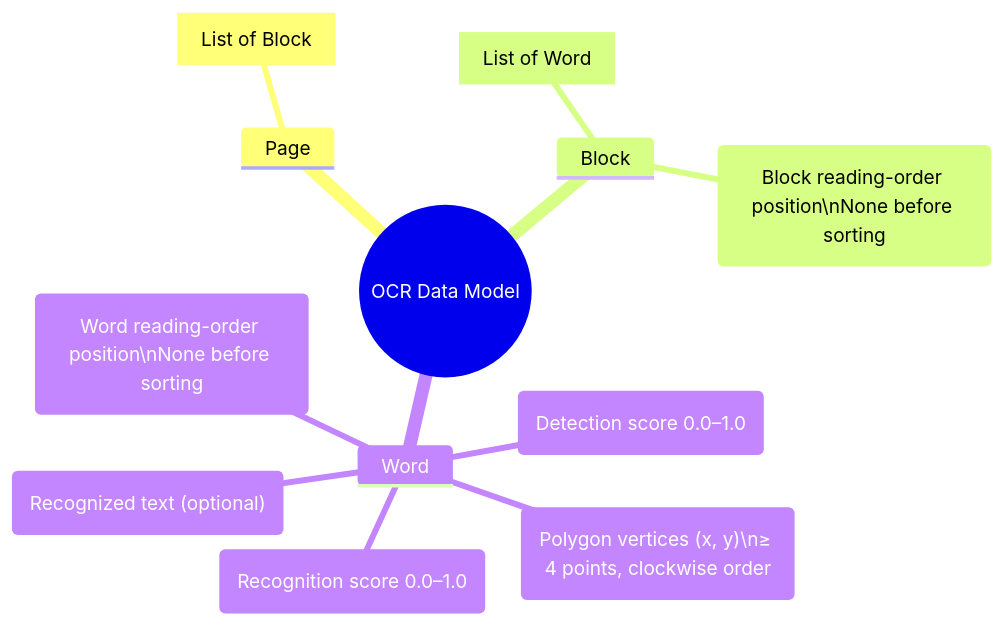
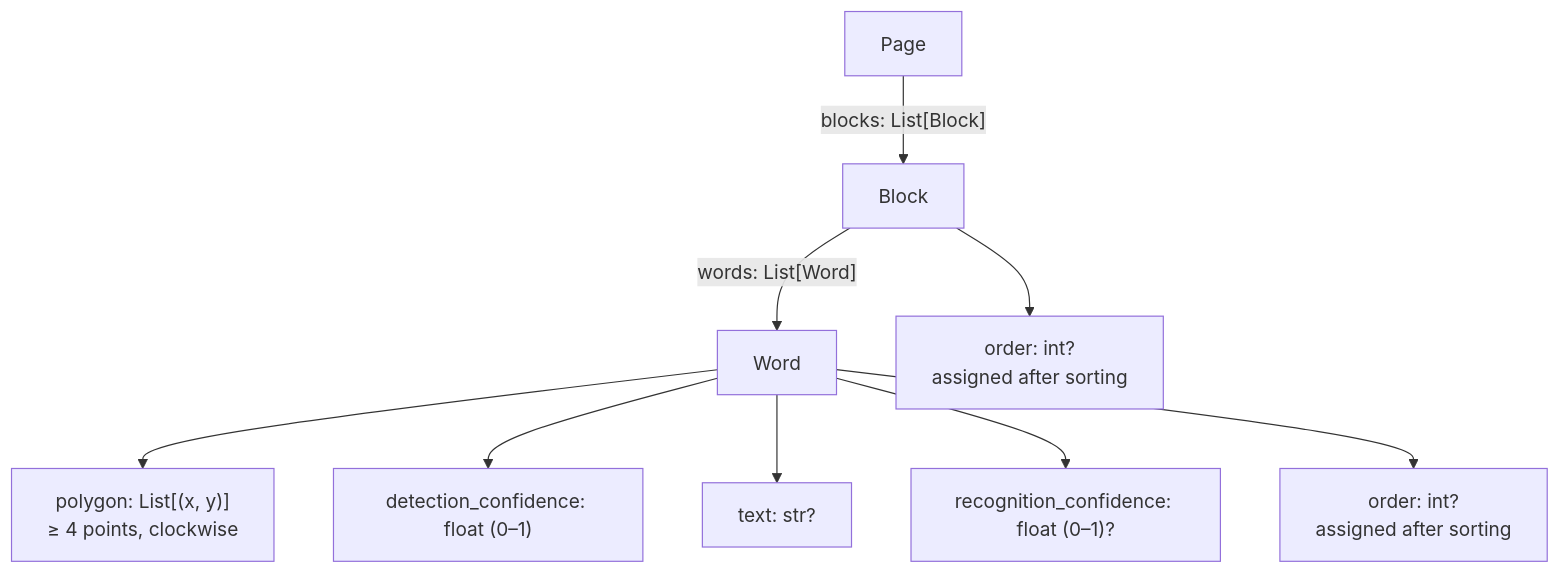
One commit to olegiy/manuscript-ocr changed the diagram in docs/DATA_MODEL.md. Above: the diagram before and after it, drawn with Mermaid.

````diff
--- a/docs/DATA_MODEL.md
+++ b/docs/DATA_MODEL.md
@@ -1,15 +1,22 @@
 ```mermaid
-mindmap
-  root((OCR Data Model))
-    Page
-      blocks[List of Block]
-    Block
-      words[List of Word]
-      order("Block reading-order position\nNone before sorting")
-    Word
-      polygon("Polygon vertices (x, y)\n≥ 4 points, clockwise order")
-      detection_confidence("Detection score 0.0–1.0")
-      text("Recognized text (optional)")
-      recognition_confidence("Recognition score 0.0–1.0")
-      order("Word reading-order position\nNone before sorting")
+graph TD
+
+    %% Entities
+    Page[Page]
+    Block[Block]
+    Word[Word]
+
+    %% Relations
+    Page -->|"blocks: List[Block]"| Block
+    Block -->|"words: List[Word]"| Word
+
+    %% Word fields
+    Word --> Wpoly["polygon: List[(x, y)]<br>≥ 4 points, clockwise"]
+    Word --> Wdet["detection_confidence: float (0–1)"]
+    Word --> Wtext["text: str?"]
+    Word --> Wrec["recognition_confidence: float (0–1)?"]
+    Word --> WordOrder["order: int?<br>assigned after sorting"]
+
+    %% Block fields
+    Block --> BlockOrder["order: int?<br>assigned after sorting"]
 ```
````
